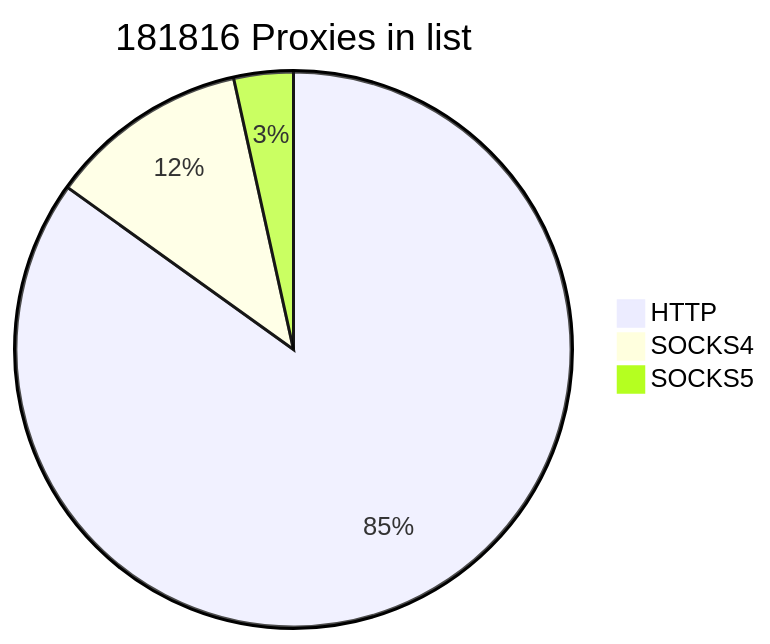
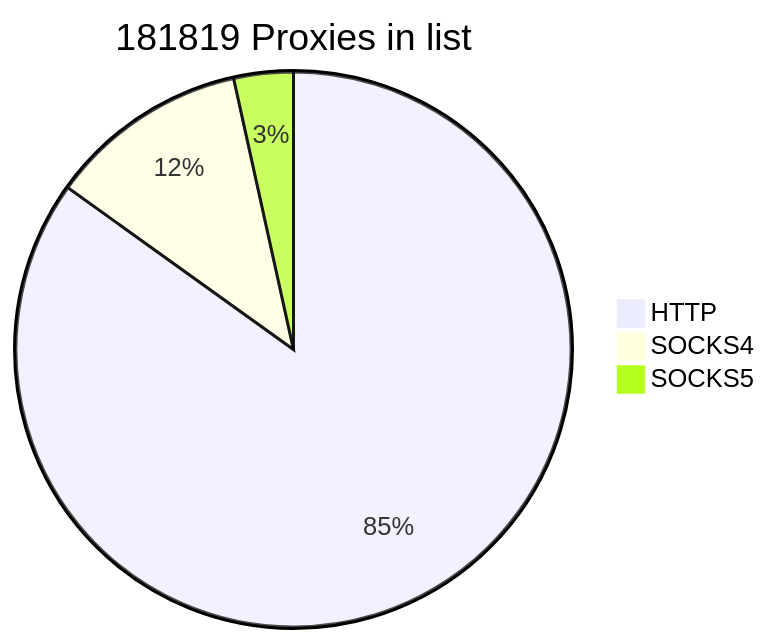
Before and after one commit to cutipu/proxylist: the first of 2 diagrams in README.md, drawn with Mermaid. The commit also changed other lines of this file, not shown here.

````diff
--- a/README.md
+++ b/README.md
@@ -2,7 +2,7 @@
 ```mermaid
-pie title 181816 Proxies in list
-    "HTTP" : 154372
-    "SOCKS4" : 21156
+pie title 181819 Proxies in list
+    "HTTP" : 154373
+    "SOCKS4" : 21158
     "SOCKS5" : 6288
             
 ```
````
